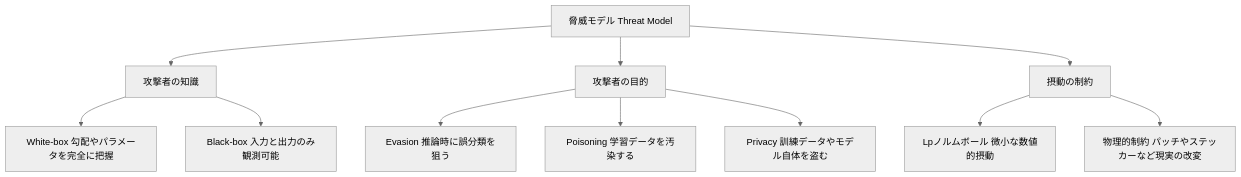
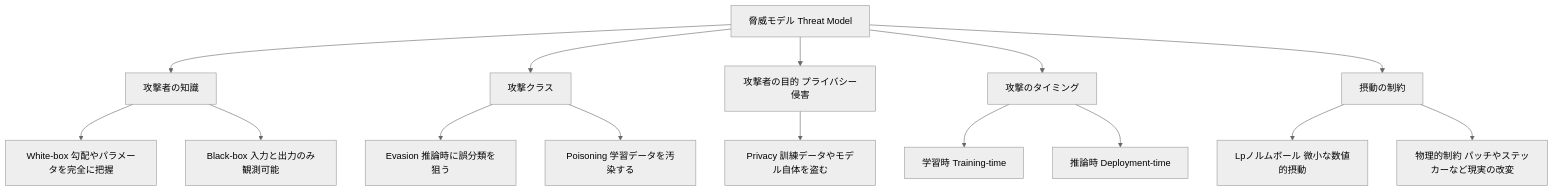
The second of 12 diagrams in Adversarial-robustness-for-machine-learning-guide.md (myoshi2891/Comparison-of-LLMs), drawn with Mermaid (neutral theme) before and after one commit. The commit also changed other lines of this file, not shown here.

````diff
--- a/Adversarial-robustness-for-machine-learning-guide.md
+++ b/Adversarial-robustness-for-machine-learning-guide.md
@@ -138,13 +138,17 @@
 ```mermaid
 flowchart TD
     T[脅威モデル Threat Model] --> K1[攻撃者の知識]
     K1 --> K1a[White-box 勾配やパラメータを完全に把握]
     K1 --> K1b[Black-box 入力と出力のみ観測可能]
-    T --> G[攻撃者の目的]
-    G --> G1[Evasion 推論時に誤分類を狙う]
-    G --> G2[Poisoning 学習データを汚染する]
-    G --> G3[Privacy 訓練データやモデル自体を盗む]
+    T --> C[攻撃クラス]
+    C --> C1[Evasion 推論時に誤分類を狙う]
+    C --> C2[Poisoning 学習データを汚染する]
+    T --> P[攻撃者の目的 プライバシー侵害]
+    P --> P1[Privacy 訓練データやモデル自体を盗む]
+    T --> TM[攻撃のタイミング]
+    TM --> TM1[学習時 Training-time]
+    TM --> TM2[推論時 Deployment-time]
     T --> N[摂動の制約]
     N --> N1[Lpノルムボール 微小な数値的摂動]
     N --> N2[物理的制約 パッチやステッカーなど現実の改変]
 ```
````
